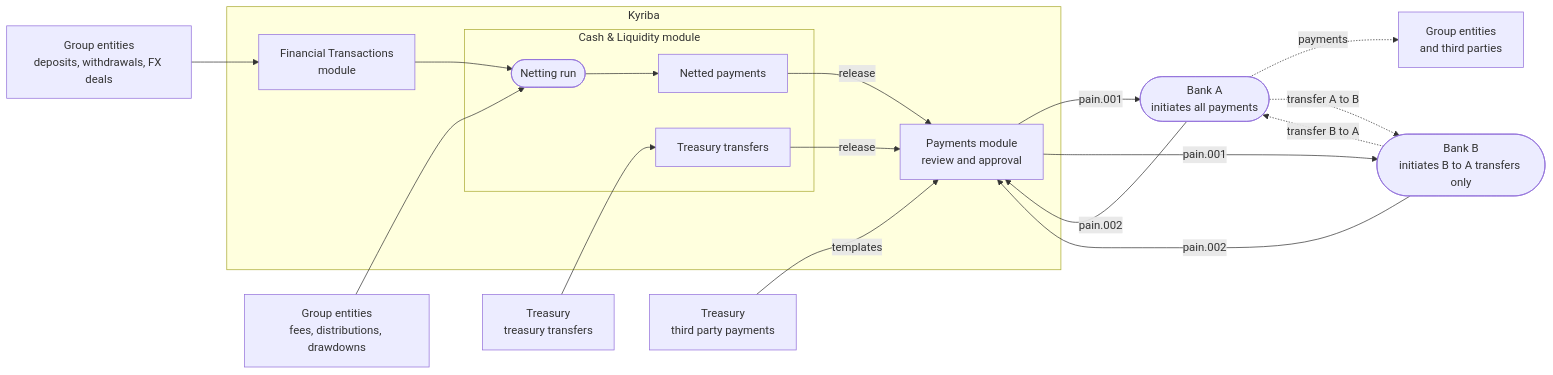
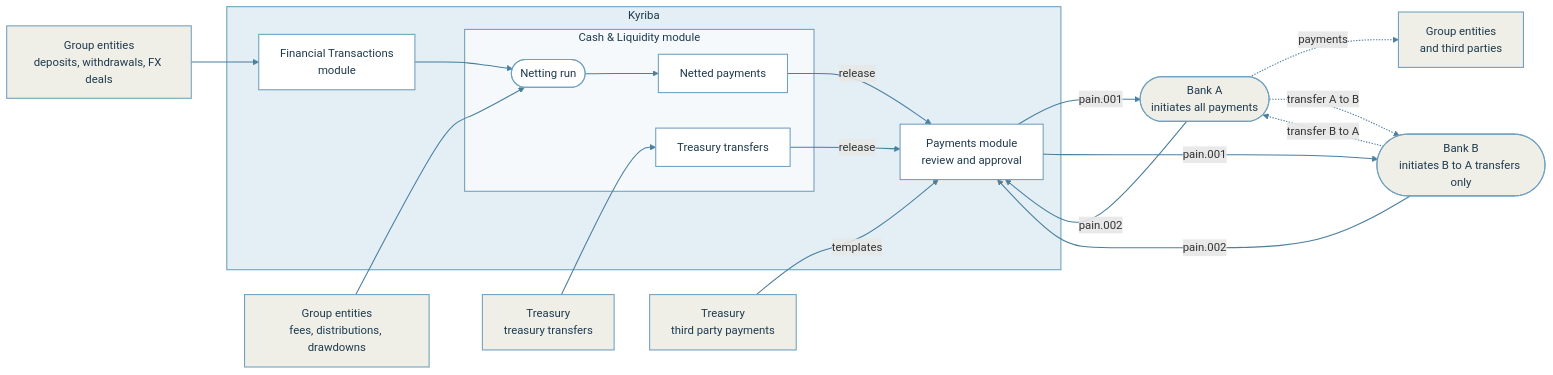
The diagram in kyriba-transformation/Case_02_Payments_Connectivity/report.qmd (sgarciapuga/Work_Portfolio), drawn with Mermaid before and after one commit. The commit also changed 12 other files, not shown here.

Commit message:
updated mermaid theme colours

````diff
--- a/kyriba-transformation/Case_02_Payments_Connectivity/report.qmd
+++ b/kyriba-transformation/Case_02_Payments_Connectivity/report.qmd
@@ -83,39 +83,47 @@
 ```{mermaid}
 %%| fig-cap: "Integrated payments flow as described in the source presentation. Solid arrows are messages or system steps; dashed arrows are real payments where money moves."
 %%| fig-alt: "Group entity deposits, withdrawals and FX deals flow through the Financial Transactions module into the netting run in the Cash and Liquidity module, alongside group entity fees, distributions and drawdowns. Netted payments and treasury transfers are released to the Payments module, where third party payments are also instructed using templates. After review and approval, the Payments module sends pain.001 instructions to Bank A and Bank B and receives pain.002 status feedback. Bank A pays group entities and third parties; Bank A and Bank B also transfer cash between each other."
 flowchart LR
     GE1["Group entities<br/>deposits, withdrawals, FX deals"]
     GE2["Group entities<br/>fees, distributions, drawdowns"]
     TR1["Treasury<br/>treasury transfers"]
     TR2["Treasury<br/>third party payments"]
 
     subgraph K["Kyriba"]
         FT["Financial Transactions<br/>module"]
         subgraph CL["Cash & Liquidity module"]
             NR(["Netting run"])
             NP["Netted payments"]
             TT["Treasury transfers"]
         end
         PM["Payments module<br/>review and approval"]
     end
 
     BA(["Bank A<br/>initiates all payments"])
     BB(["Bank B<br/>initiates B to A transfers only"])
     RCV["Group entities<br/>and third parties"]
 
     GE1 --> FT
     FT --> NR
     GE2 --> NR
     NR --> NP
     TR1 --> TT
     NP -->|release| PM
     TT -->|release| PM
     TR2 -->|templates| PM
     PM -->|pain.001| BA
     BA -->|pain.002| PM
     PM -->|pain.001| BB
     BB -->|pain.002| PM
     BA -.->|payments| RCV
     BA -.->|transfer A to B| BB
     BB -.->|transfer B to A| BA
+
+    classDef ext fill:#EFEFE8,stroke:#6FA1BF,stroke-width:1.5px,color:#1F3A4D
+    classDef job fill:#FFFFFF,stroke:#6FA1BF,stroke-width:1.5px,color:#1F3A4D
+    class GE1,GE2,TR1,TR2,BA,BB,RCV ext
+    class FT,NR,NP,TT,PM job
+    style K fill:#E3EEF5,stroke:#6FA1BF,stroke-width:1.5px,color:#1F3A4D
+    style CL fill:#F5F9FB,stroke:#6FA1BF,stroke-width:1.5px,color:#1F3A4D
+    linkStyle default stroke:#4A7F9E,stroke-width:1.5px
 ```
````
